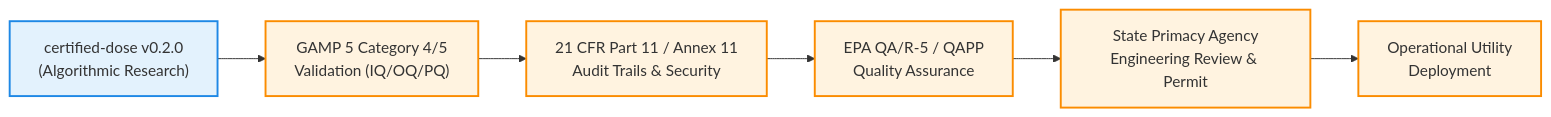
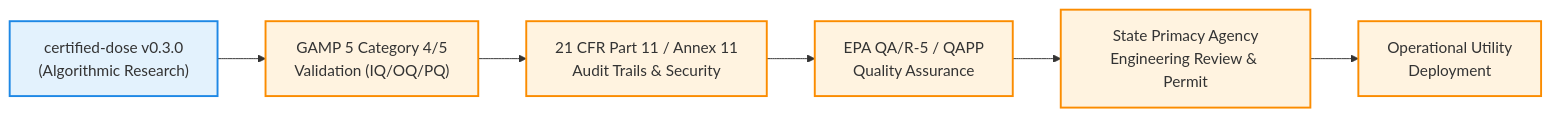
One commit to rajveersinh-is-dev/certified-dose changed the diagram in docs/REGULATORY_CONTEXT.md. Above: the diagram before and after it, drawn with Mermaid. The commit also changed 5 other files, not shown here.

````diff
--- a/docs/REGULATORY_CONTEXT.md
+++ b/docs/REGULATORY_CONTEXT.md
@@ -70,13 +70,13 @@
 ```mermaid
 flowchart LR
-    A["certified-dose v0.2.0<br/>(Algorithmic Research)"] --> B["GAMP 5 Category 4/5<br/>Validation (IQ/OQ/PQ)"]
+    A["certified-dose v0.3.0<br/>(Algorithmic Research)"] --> B["GAMP 5 Category 4/5<br/>Validation (IQ/OQ/PQ)"]
     B --> C["21 CFR Part 11 / Annex 11<br/>Audit Trails & Security"]
     C --> D["EPA QA/R-5 / QAPP<br/>Quality Assurance"]
     D --> E["State Primacy Agency<br/>Engineering Review & Permit"]
     E --> F["Operational Utility<br/>Deployment"]
 
     classDef current fill:#e3f2fd,stroke:#1e88e5,stroke-width:2px;
     classDef gap fill:#fff3e0,stroke:#fb8c00,stroke-width:2px;
     class A current;
     class B,C,D,E,F gap;
 ```
````
